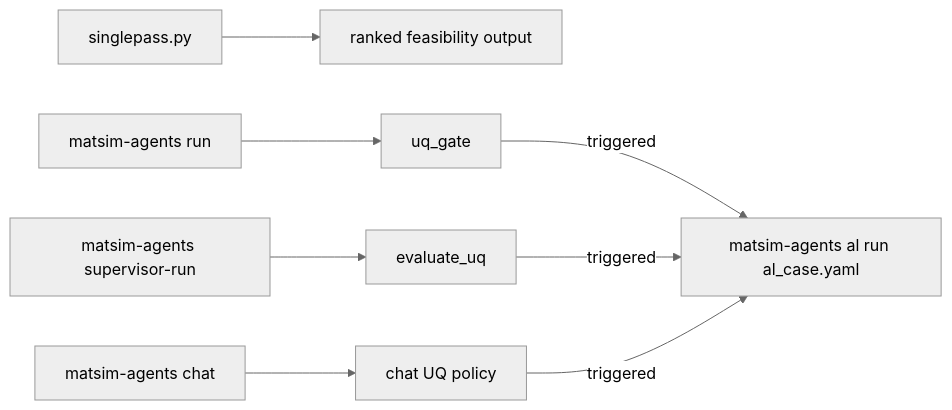
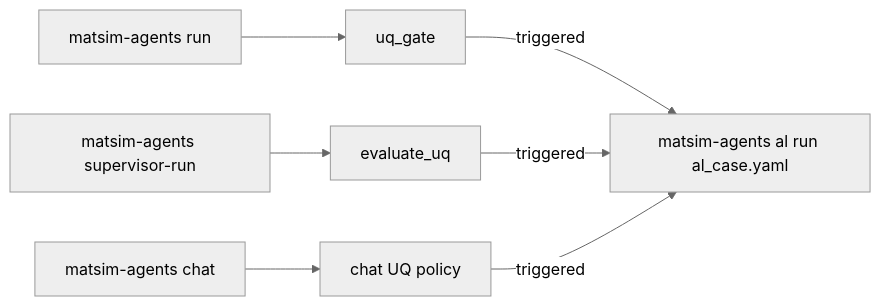
One commit to ORNL/matsim-agents changed the diagram in examples/paper_cases/README.md. Above: the diagram before and after it, drawn with Mermaid (neutral theme). The commit also changed other lines of this file and 18 other files, not shown here.

````diff
--- a/examples/paper_cases/README.md
+++ b/examples/paper_cases/README.md
@@ -40,10 +33,9 @@
 ```mermaid
 flowchart LR
-  SP[singlepass.py] --> R[ranked feasibility output]
   RG[matsim-agents run] --> RU[uq_gate]
   SU[matsim-agents supervisor-run] --> SQ[evaluate_uq]
   CH[matsim-agents chat] --> CQ[chat UQ policy]
   RU -->|triggered| AL[matsim-agents al run al_case.yaml]
   SQ -->|triggered| AL
   CQ -->|triggered| AL
 ```
````
